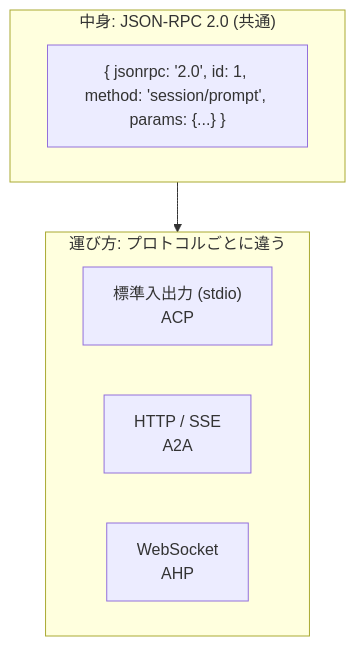
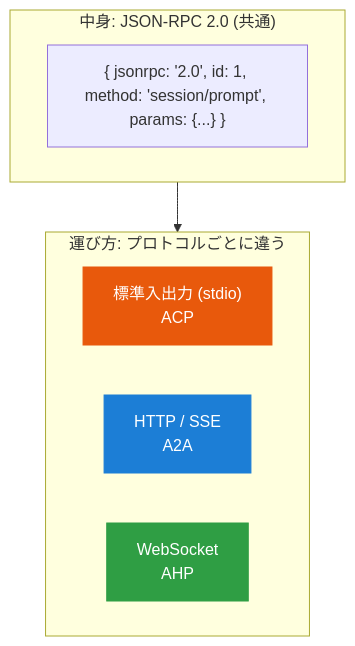
The first of 3 diagrams in docs/basics/jsonrpc.md (MtkN1/codespaces-blank), drawn with Mermaid before and after one commit. The commit also changed 8 other files, not shown here.

First line of the commit message:
Render Mermaid diagrams to static SVG at build time

````diff
--- a/docs/basics/jsonrpc.md
+++ b/docs/basics/jsonrpc.md
@@ -7,13 +7,16 @@
 ```mermaid
 flowchart TB
     subgraph content["中身: JSON-RPC 2.0 (共通)"]
       M["{ jsonrpc: '2.0', id: 1, method: 'session/prompt', params: {...} }"]
     end
     subgraph transport["運び方: プロトコルごとに違う"]
       direction LR
-      T1["標準入出力 (stdio)<br/><span class='badge acp'>ACP</span>"]
-      T2["HTTP / SSE<br/><span class='badge a2a'>A2A</span>"]
-      T3["WebSocket<br/><span class='badge ahp'>AHP</span>"]
+      T1["標準入出力 (stdio)<br/>ACP"]
+      T2["HTTP / SSE<br/>A2A"]
+      T3["WebSocket<br/>AHP"]
     end
     content --> transport
+    style T1 fill:#e8590c,color:#fff,stroke:#e8590c
+    style T2 fill:#1c7ed6,color:#fff,stroke:#1c7ed6
+    style T3 fill:#2f9e44,color:#fff,stroke:#2f9e44
 ```
````
